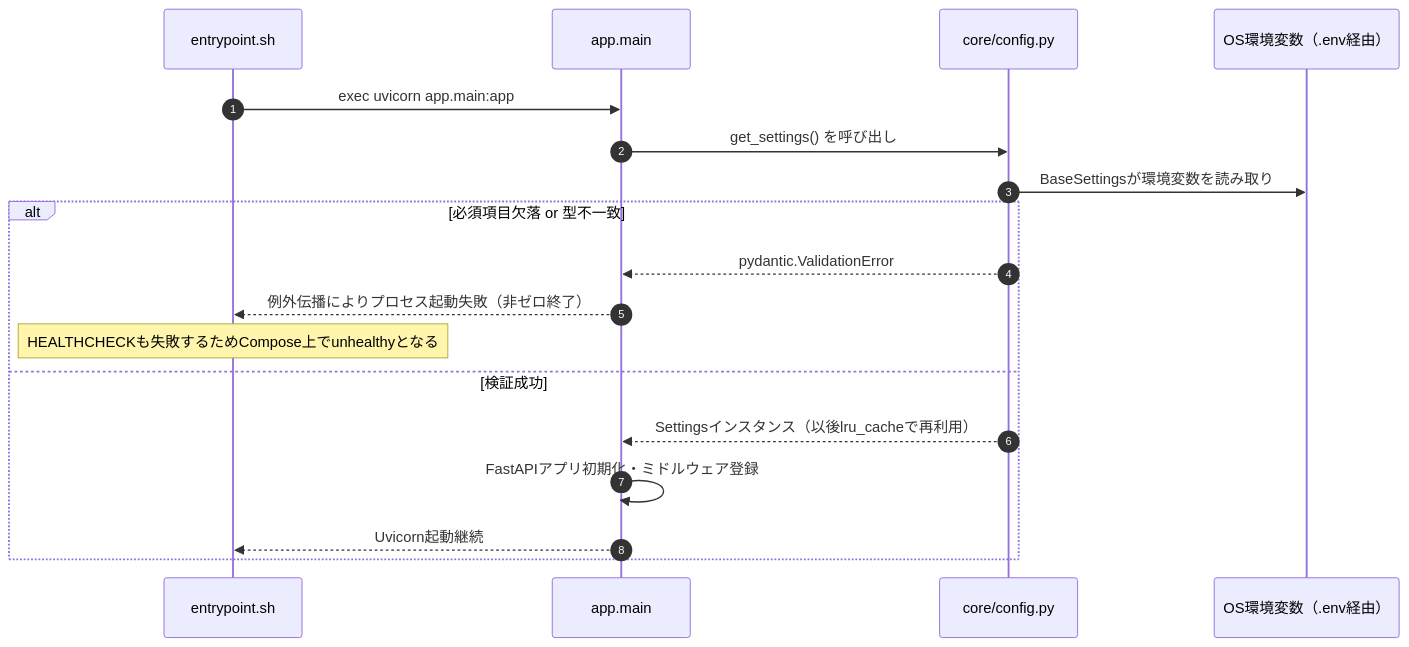
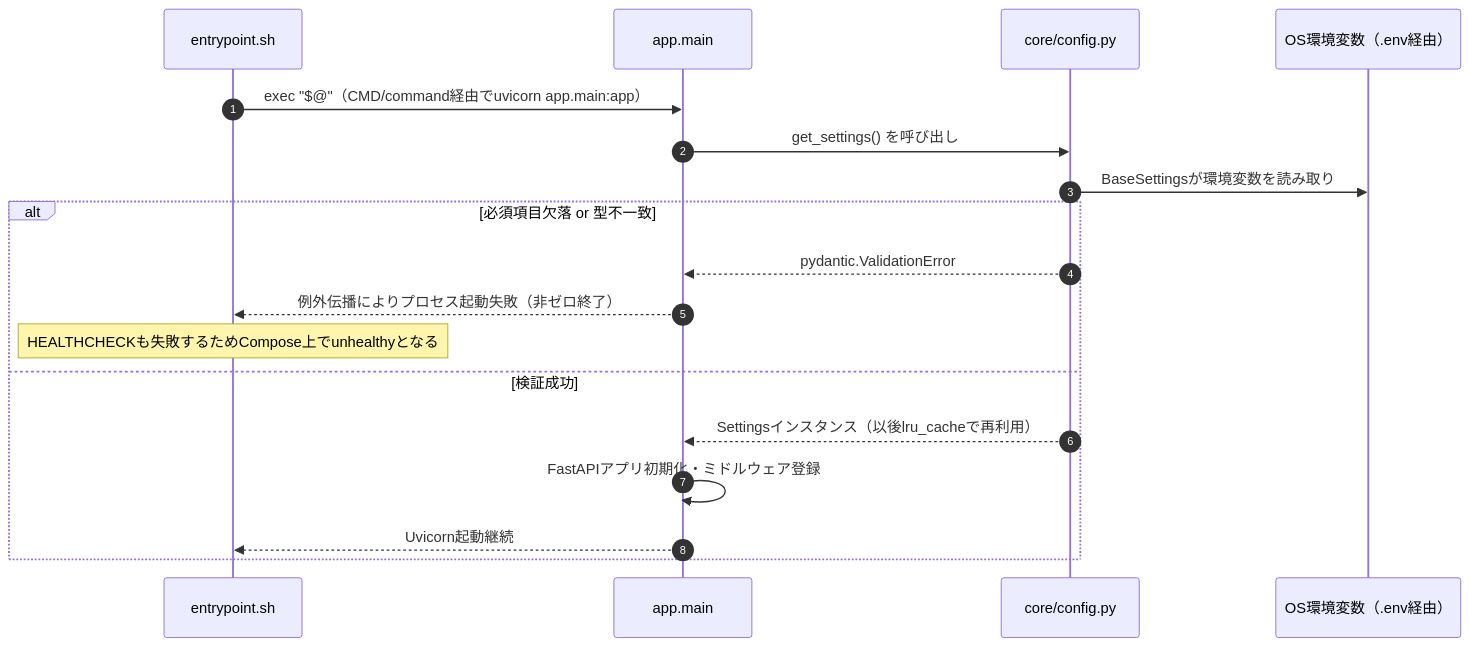
Before and after one commit to oikawa-d/task_management: the first of 3 diagrams in docs/detailed_design/infra/04_env_config.md, drawn with Mermaid. The commit also changed 4 other files, not shown here.

````diff
--- a/docs/detailed_design/infra/04_env_config.md
+++ b/docs/detailed_design/infra/04_env_config.md
@@ -227,21 +227,21 @@
 ```mermaid
 sequenceDiagram
     autonumber
     participant EP as entrypoint.sh
     participant MAIN as app.main
     participant CFG as core/config.py
     participant ENV as OS環境変数（.env経由）
 
-    EP->>MAIN: exec uvicorn app.main:app
+    EP->>MAIN: exec "$@"（CMD/command経由でuvicorn app.main:app）
     MAIN->>CFG: get_settings() を呼び出し
     CFG->>ENV: BaseSettingsが環境変数を読み取り
     alt 必須項目欠落 or 型不一致
         CFG-->>MAIN: pydantic.ValidationError
         MAIN-->>EP: 例外伝播によりプロセス起動失敗（非ゼロ終了）
         Note over EP: HEALTHCHECKも失敗するためCompose上でunhealthyとなる
     else 検証成功
         CFG-->>MAIN: Settingsインスタンス（以後lru_cacheで再利用）
         MAIN->>MAIN: FastAPIアプリ初期化・ミドルウェア登録
         MAIN-->>EP: Uvicorn起動継続
     end
 ```
````
